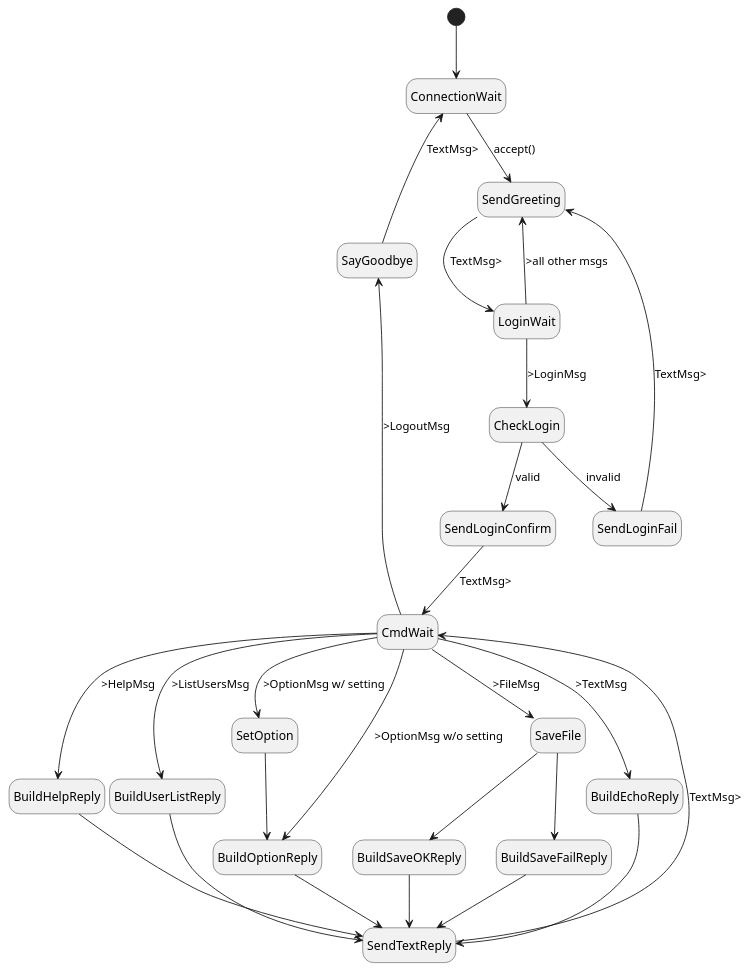
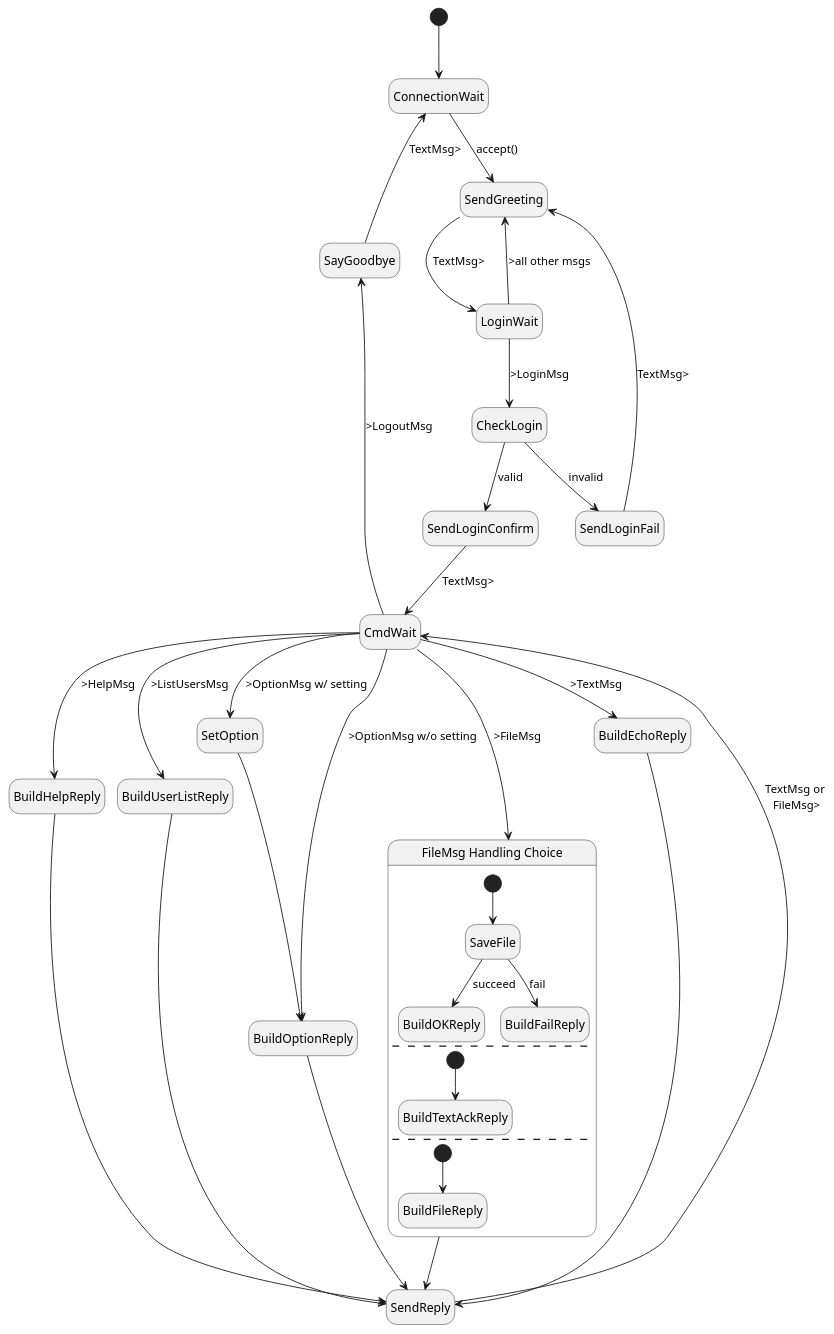
One commit to dtuinstr/clack2-instructor changed the diagram in design/server_state.puml. Above: the diagram before and after it, drawn with PlantUML.

Commit message:
Add multiple FileMsg Handling choices

```diff
--- a/design/server_state.puml
+++ b/design/server_state.puml
@@ -1,41 +1,55 @@
 @startuml
 'https://plantuml.com/state-diagram
 hide empty description
 'scale 350 width
 
 [*] --> ConnectionWait
 ConnectionWait --> SendGreeting : accept()
 SendGreeting --> LoginWait : TextMsg>
 
 LoginWait --> CheckLogin : >LoginMsg
 LoginWait --> SendGreeting : >all other msgs
 CheckLogin --> SendLoginConfirm : valid
 SendLoginConfirm --> CmdWait : TextMsg>
 CheckLogin --> SendLoginFail : invalid
 SendLoginFail --> SendGreeting : TextMsg>
 
 CmdWait -up-> SayGoodbye : >LogoutMsg
 SayGoodbye -up-> ConnectionWait : TextMsg>
 
 CmdWait --> BuildHelpReply : >HelpMsg
 CmdWait --> BuildUserListReply : >ListUsersMsg
 CmdWait --> SetOption : >OptionMsg w/ setting
 CmdWait --> BuildOptionReply : >OptionMsg w/o setting
 SetOption --> BuildOptionReply
 
 ''''''''''
-CmdWait --> SaveFile : >FileMsg
-SaveFile --> BuildSaveOKReply
-SaveFile --> BuildSaveFailReply
-BuildSaveOKReply --> SendTextReply
-BuildSaveFailReply --> SendTextReply
+'CmdWait --> SaveFile : >FileMsg
+'SaveFile --> BuildSaveOKReply
+'SaveFile --> BuildSaveFailReply
+'BuildSaveOKReply --> SendReply
+'BuildSaveFailReply --> SendReply
+CmdWait --> filedc : >FileMsg
+
+state "FileMsg Handling Choice" as filedc {
+    [*] --> SaveFile
+    SaveFile --> BuildOKReply : succeed
+    SaveFile --> BuildFailReply : fail
+    --
+    [*] --> BuildTextAckReply
+    --
+    [*] --> BuildFileReply
+}
+filedc --> SendReply
+
+
 ''''''''''
 CmdWait --> BuildEchoReply : >TextMsg
-BuildHelpReply --> SendTextReply
-BuildUserListReply --> SendTextReply
-BuildOptionReply --> SendTextReply
-BuildEchoReply --> SendTextReply
+BuildHelpReply --> SendReply
+BuildUserListReply --> SendReply
+BuildOptionReply --> SendReply
+BuildEchoReply --> SendReply
 
-SendTextReply --> CmdWait : TextMsg>
+SendReply --> CmdWait : TextMsg or\n FileMsg>
 
 @enduml
```
